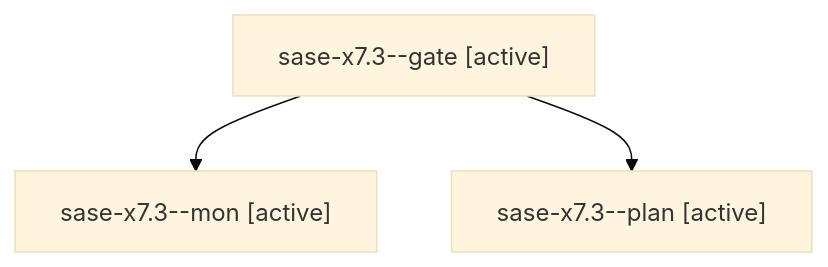
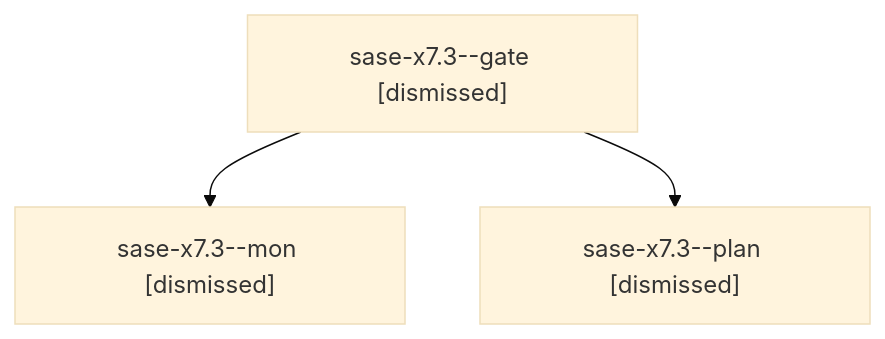
One commit to sase-org/sase--agents changed the diagram in sessions/bbugyi200.athena.sase-x7.3.md. Above: the diagram before and after it, drawn with Mermaid (base theme). The commit also changed other lines of this file and 397 other files, not shown here.

````diff
--- a/sessions/bbugyi200.athena.sase-x7.3.md
+++ b/sessions/bbugyi200.athena.sase-x7.3.md
@@ -9,8 +9,8 @@
 ```mermaid
 flowchart TD
-  n0["sase-x7.3--gate [active]"]
-  n1["sase-x7.3--mon [active]"]
+  n0["sase-x7.3--gate [dismissed]"]
+  n1["sase-x7.3--mon [dismissed]"]
   n0 --> n1
-  n2["sase-x7.3--plan [active]"]
+  n2["sase-x7.3--plan [dismissed]"]
   n0 --> n2
 ```
````
